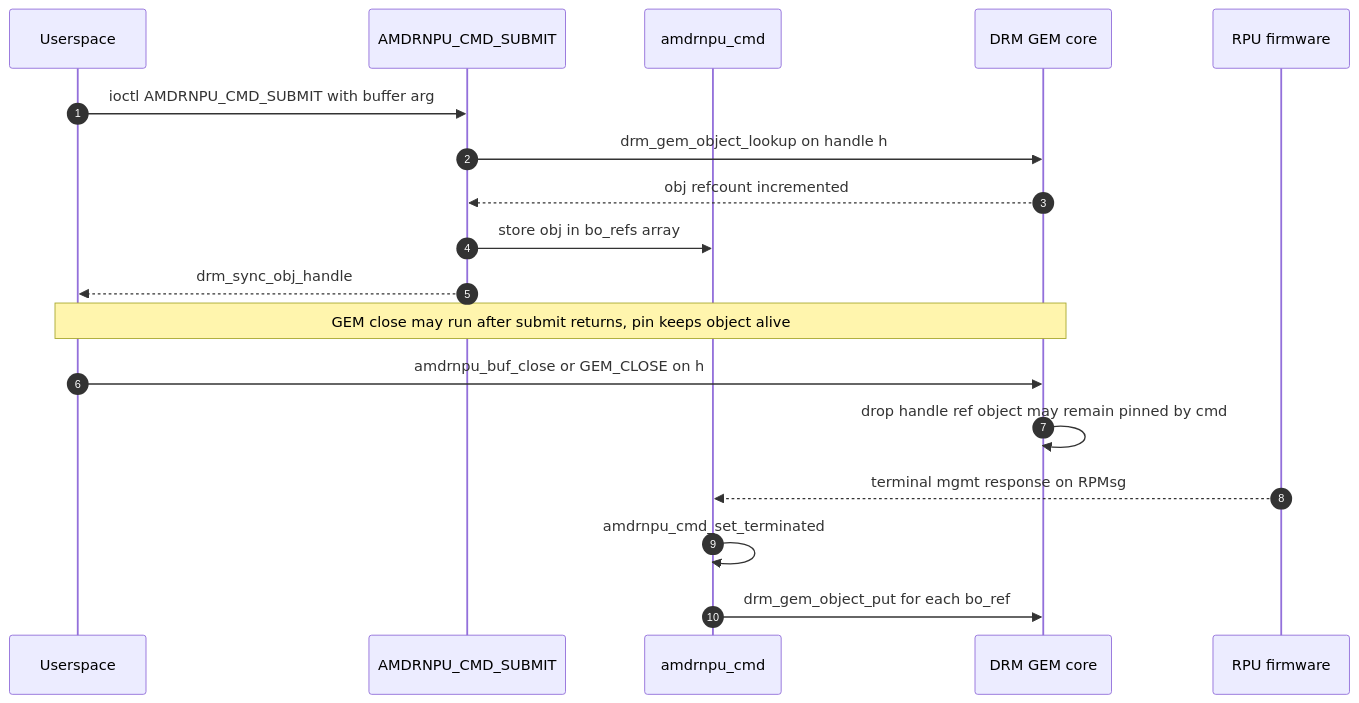
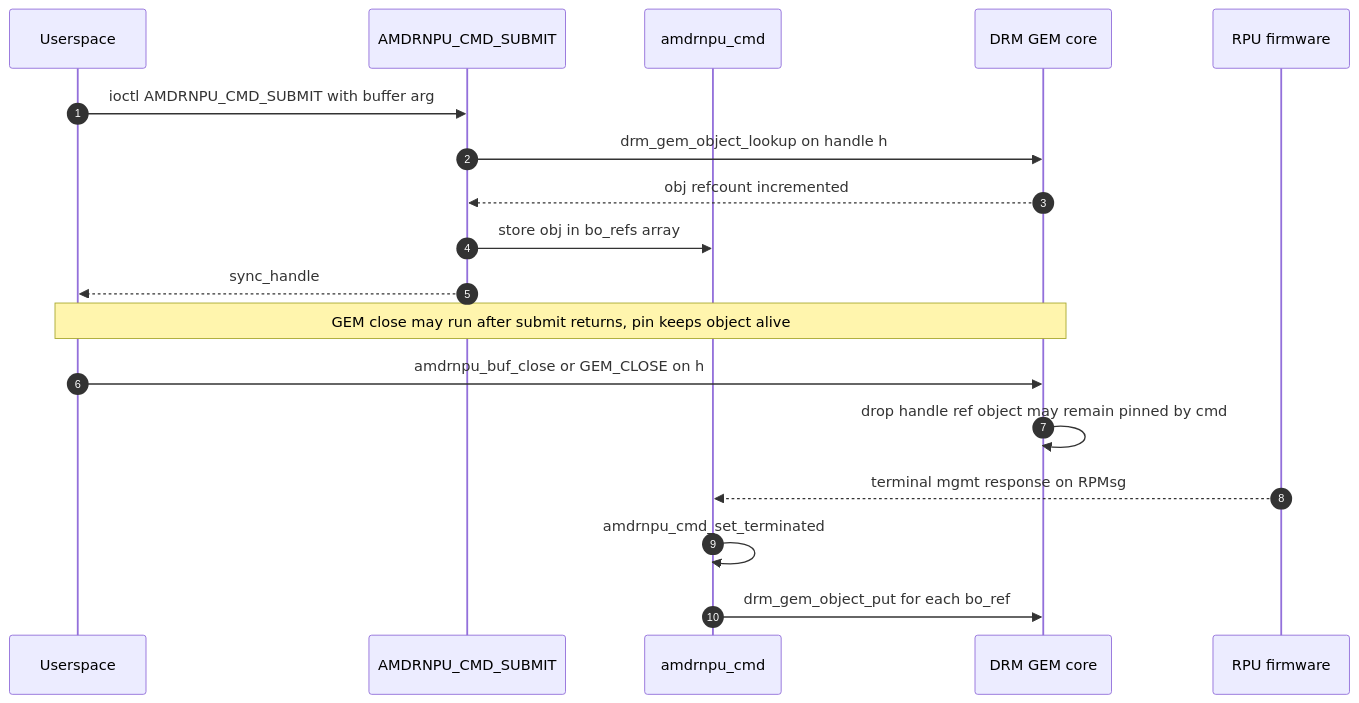
Before and after one commit to Xilinx/amdrnpu: the fifth of 6 diagrams in docs/buffer-management.md, drawn with Mermaid. The commit also changed 13 other files, not shown here.

````diff
--- a/docs/buffer-management.md
+++ b/docs/buffer-management.md
@@ -178,23 +178,23 @@
 ```mermaid
 sequenceDiagram
     autonumber
     participant U as Userspace
     participant SUB as AMDRNPU_CMD_SUBMIT
     participant CMD as amdrnpu_cmd
     participant CORE as DRM GEM core
     participant RPU as RPU firmware
 
     U->>SUB: ioctl AMDRNPU_CMD_SUBMIT with buffer arg
     SUB->>CORE: drm_gem_object_lookup on handle h
     CORE-->>SUB: obj refcount incremented
     SUB->>CMD: store obj in bo_refs array
-    SUB-->>U: drm_sync_obj_handle
+    SUB-->>U: sync_handle
 
     Note over U,CORE: GEM close may run after submit returns, pin keeps object alive
     U->>CORE: amdrnpu_buf_close or GEM_CLOSE on h
     CORE->>CORE: drop handle ref object may remain pinned by cmd
 
     RPU-->>CMD: terminal mgmt response on RPMsg
     CMD->>CMD: amdrnpu_cmd_set_terminated
     CMD->>CORE: drm_gem_object_put for each bo_ref
 ```
````
